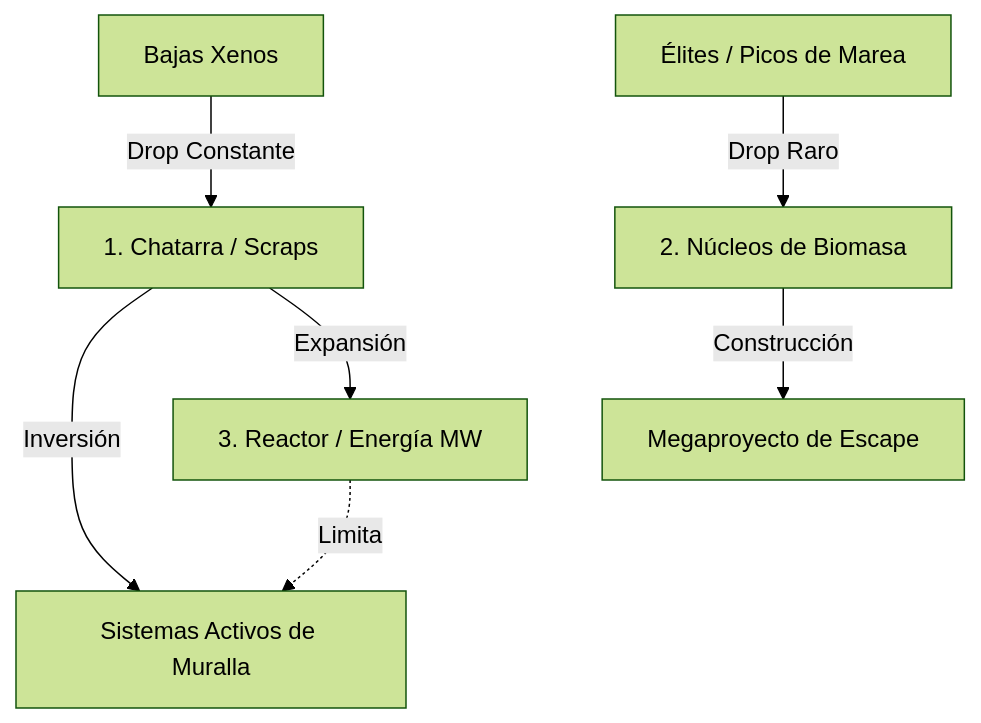
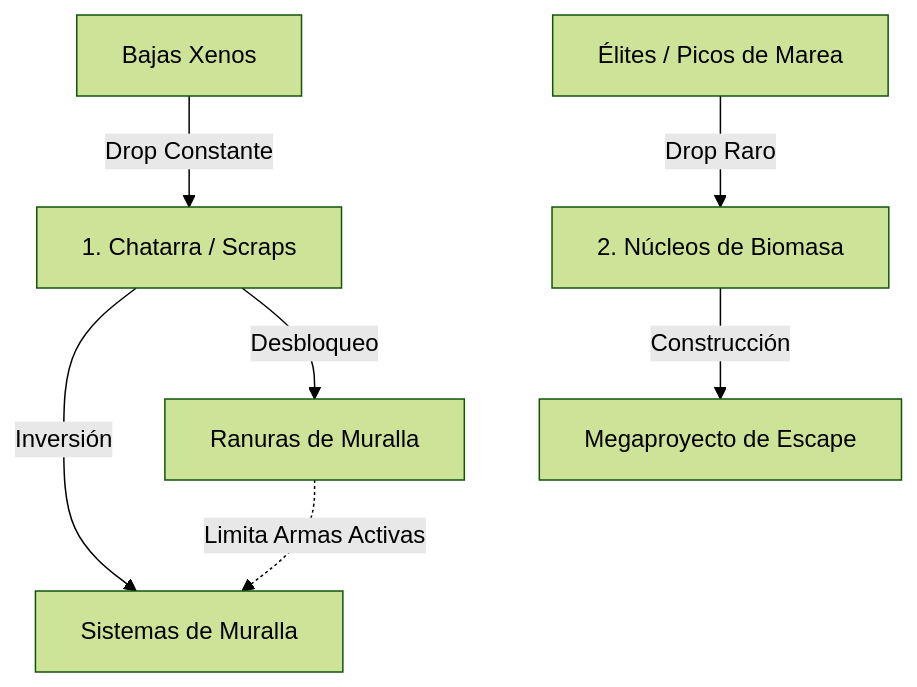
Before and after one commit to marloquemegusta/incremental-towerdef-ds: the second of 2 diagrams in DESIGN.md, drawn with Mermaid (forest theme). The commit also changed other lines of this file and 1 other file, not shown here.

Commit message:
docs: add development roadmap (Phases 1-3), resolve OQ-04 and define Milestone 3 in STATUS

````diff
--- a/DESIGN.md
+++ b/DESIGN.md
@@ -96,10 +97,10 @@
 ```mermaid
 graph TD
     Kill[Bajas Xenos] -->|Drop Constante| Scrap[1. Chatarra / Scraps]
     Elites[Élites / Picos de Marea] -->|Drop Raro| Cores[2. Núcleos de Biomasa]
-    Reactor[3. Reactor / Energía MW] -.->|Limita| BaseUpgrades[Sistemas Activos de Muralla]
+    Slots[Ranuras de Muralla] -.->|Limita Armas Activas| BaseUpgrades[Sistemas de Muralla]
 
     Scrap -->|Inversión| BaseUpgrades
-    Scrap -->|Expansión| Reactor
+    Scrap -->|Desbloqueo| Slots
     Cores -->|Construcción| Project[Megaproyecto de Escape]
 ```
````
